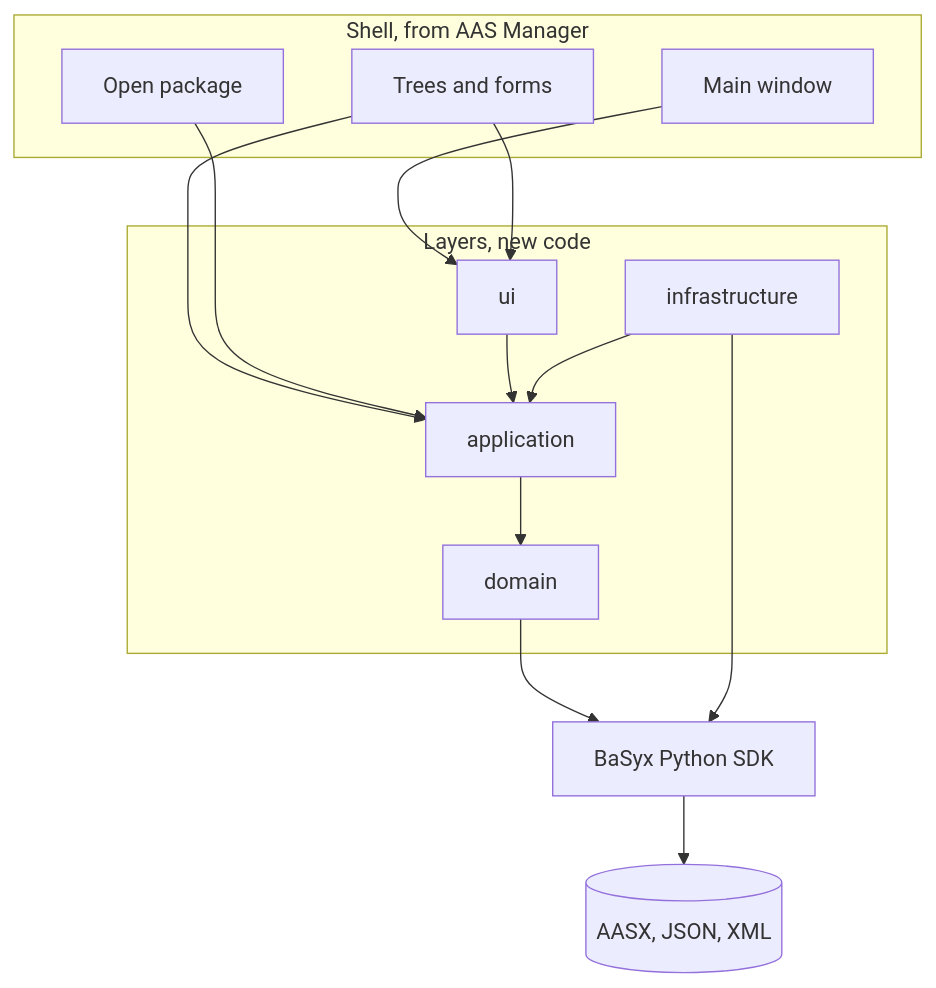
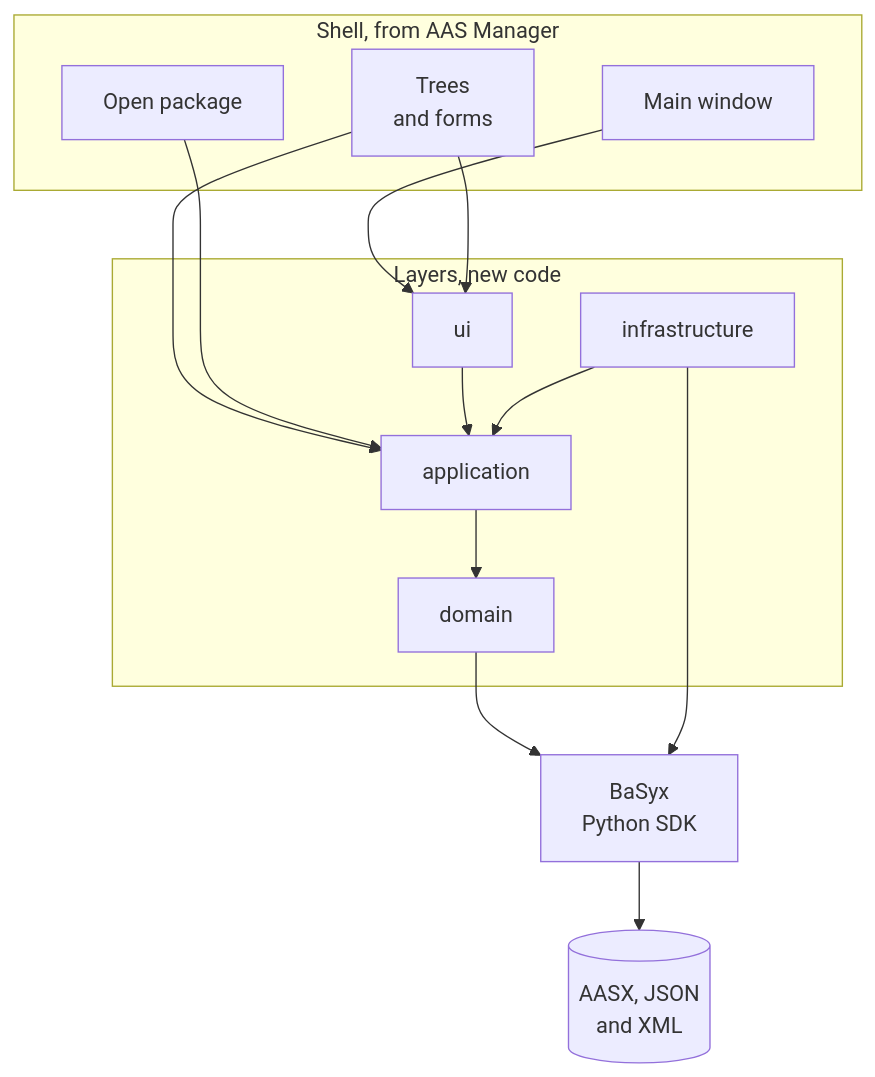
The first of 2 diagrams in README.md (ifonso/AAS-Workingbench), drawn with Mermaid before and after one commit.

Commit message:
docs: keep each line of a box of the diagram short
GitHub draws every box of a flowchart at one width and cuts a line
that is longer, so "BaSyx Python SDK" read "BaSyx Python SD". The
three long names are on two lines.

````diff
--- a/README.md
+++ b/README.md
@@ -104,29 +104,29 @@
 ```mermaid
 flowchart TB
     subgraph shell["Shell, from AAS Manager"]
         window["Main window"]
-        views["Trees and forms"]
+        views["Trees<br/>and forms"]
         pack["Open package"]
     end
 
     subgraph layers["Layers, new code"]
         ui["ui"]
         app["application"]
         domain["domain"]
         infra["infrastructure"]
     end
 
-    sdk["BaSyx Python SDK"]
-    files[("AASX, JSON, XML")]
+    sdk["BaSyx<br/>Python SDK"]
+    files[("AASX, JSON<br/>and XML")]
 
     window --> ui
     views --> ui
     views --> app
     pack --> app
     ui --> app
     app --> domain
     infra --> app
     domain --> sdk
     infra --> sdk
     sdk --> files
 ```
````
